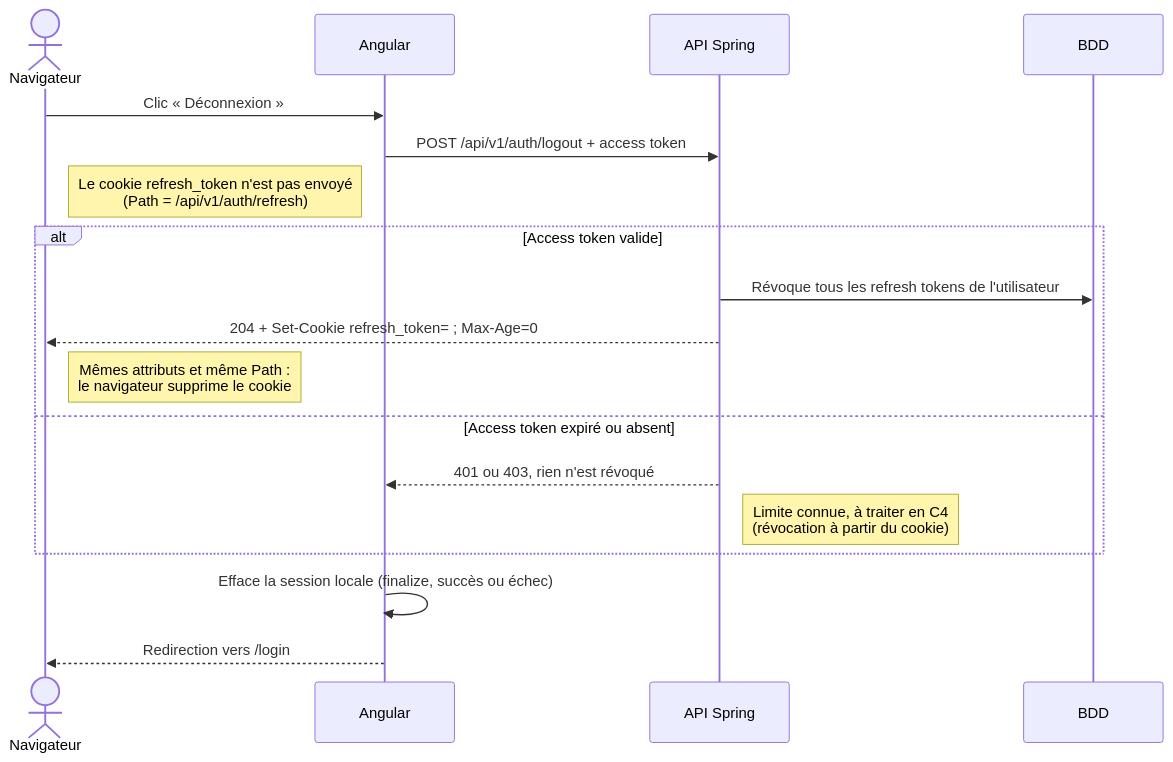
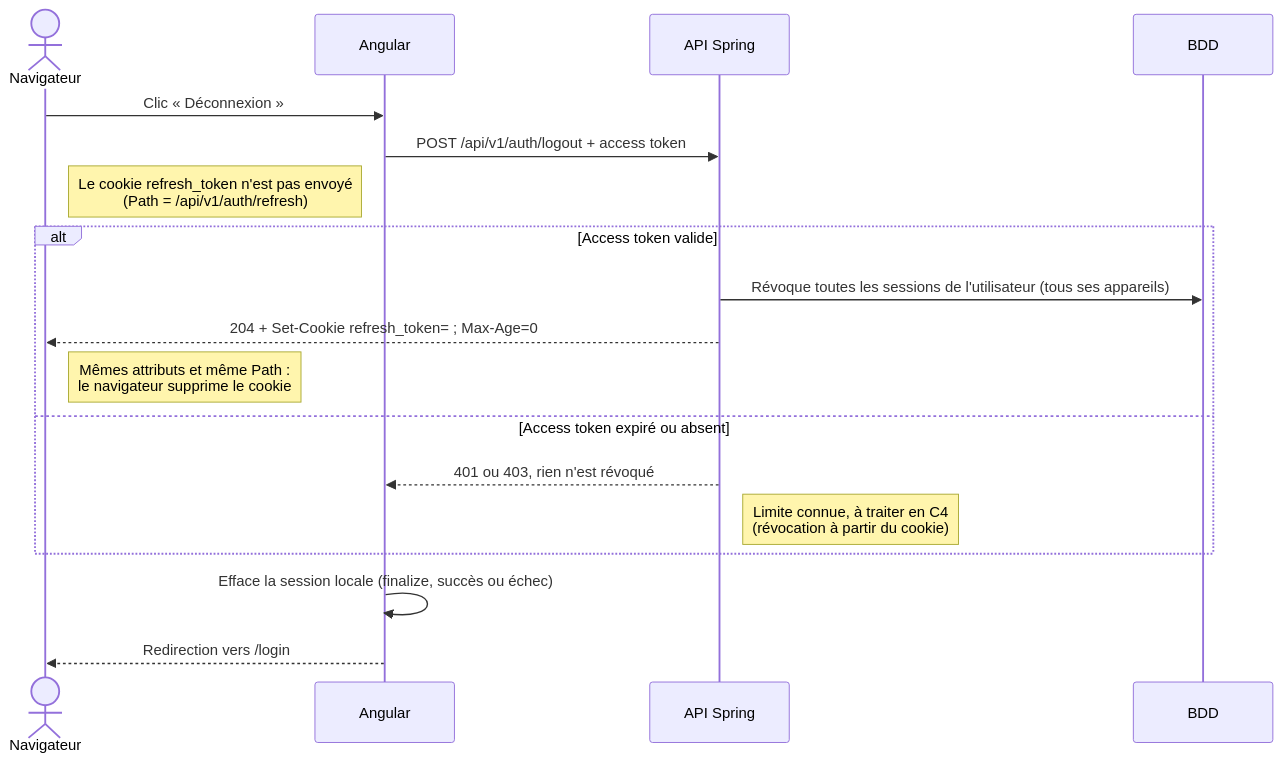
The second of 2 diagrams in docs/diagrams/refresh.md (Franck1vlt/Parkyn), drawn with Mermaid before and after one commit. The commit also changed other lines of this file and 19 other files, not shown here.

First line of the commit message:
feat(auth): rotation des refresh tokens

````diff
--- a/docs/diagrams/refresh.md
+++ b/docs/diagrams/refresh.md
@@ -72,23 +76,23 @@
 ```mermaid
 sequenceDiagram
 actor Navigateur
 participant Angular
 participant API as API Spring
 participant BDD
 
     Navigateur->>Angular: Clic « Déconnexion »
     Angular->>API: POST /api/v1/auth/logout + access token
     Note right of Navigateur: Le cookie refresh_token n'est pas envoyé<br/>(Path = /api/v1/auth/refresh)
 
     alt Access token valide
-        API->>BDD: Révoque tous les refresh tokens de l'utilisateur
+        API->>BDD: Révoque toutes les sessions de l'utilisateur (tous ses appareils)
         API-->>Navigateur: 204 + Set-Cookie refresh_token= #59; Max-Age=0
         Note right of Navigateur: Mêmes attributs et même Path :<br/>le navigateur supprime le cookie
     else Access token expiré ou absent
         API-->>Angular: 401 ou 403, rien n'est révoqué
         Note right of API: Limite connue, à traiter en C4<br/>(révocation à partir du cookie)
     end
 
     Angular->>Angular: Efface la session locale (finalize, succès ou échec)
     Angular-->>Navigateur: Redirection vers /login
 ```
````
